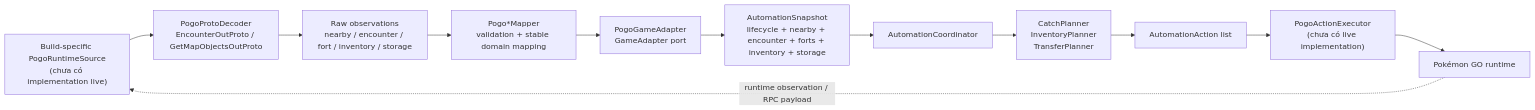
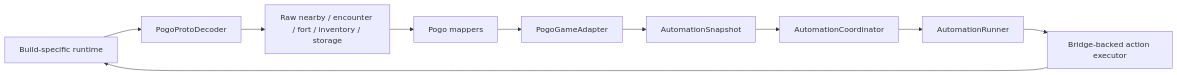
The second of 2 diagrams in docs/ARCHITECTURE_SUMMARY.md (danghungtb26/pogo-root-automation), drawn with Mermaid before and after one commit. The commit also changed other lines of this file and 17 other files, not shown here.

````diff
--- a/docs/ARCHITECTURE_SUMMARY.md
+++ b/docs/ARCHITECTURE_SUMMARY.md
@@ -246,18 +124,12 @@
 ```mermaid
 flowchart LR
-    Runtime["Build-specific PogoRuntimeSource<br/>(chưa có implementation live)"]
-    Proto["PogoProtoDecoder<br/>EncounterOutProto / GetMapObjectsOutProto"]
-    Raw["Raw observations<br/>nearby / encounter / fort / inventory / storage"]
-    Mapper["Pogo*Mapper<br/>validation + stable domain mapping"]
-    Adapter["PogoGameAdapter<br/>GameAdapter port"]
-    Snapshot["AutomationSnapshot<br/>lifecycle + nearby + encounter + forts + inventory + storage"]
-    Core["AutomationCoordinator"]
-    Planner["CatchPlanner<br/>InventoryPlanner<br/>TransferPlanner"]
-    Actions["AutomationAction list"]
-    Executor["PogoActionExecutor<br/>(chưa có live implementation)"]
-    Game["Pokémon GO runtime"]
-
-    Runtime --> Proto --> Raw --> Mapper --> Adapter --> Snapshot --> Core
-    Core --> Planner --> Actions --> Executor --> Game
-    Game -.->|"runtime observation / RPC payload"| Runtime
+    Runtime["Build-specific runtime"] --> Proto["PogoProtoDecoder"]
+    Proto --> Raw["Raw nearby / encounter / fort / inventory / storage"]
+    Raw --> Mapper["Pogo mappers"]
+    Mapper --> Adapter["PogoGameAdapter"]
+    Adapter --> Snapshot["AutomationSnapshot"]
+    Snapshot --> Core["AutomationCoordinator"]
+    Core --> Runner["AutomationRunner"]
+    Runner --> Bridge["Bridge-backed action executor"]
+    Bridge --> Runtime
 ```
````
